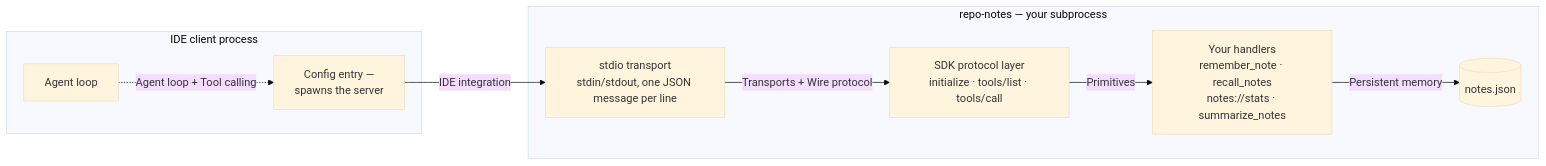
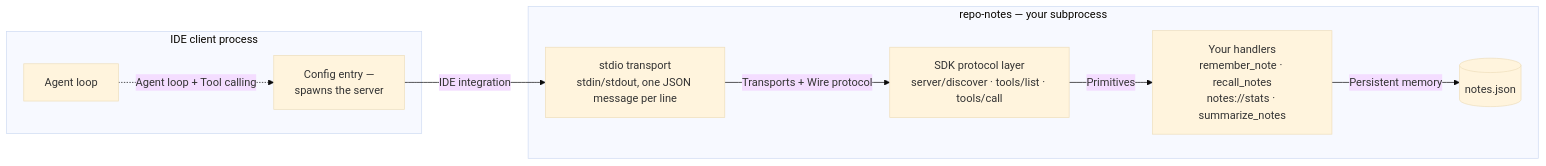
One commit to nitinpawar28/AI-learn changed the first of 2 diagrams in docs/part6-reference/build-your-own.md. Above: the diagram before and after it, drawn with Mermaid (base theme). The commit also changed other lines of this file and 42 other files, not shown here.

````diff
--- a/docs/part6-reference/build-your-own.md
+++ b/docs/part6-reference/build-your-own.md
@@ -19,18 +31,18 @@
 ```mermaid
 flowchart LR
     subgraph clientproc["IDE client process"]
         LOOP["Agent loop"]
         CFG["Config entry —<br/>spawns the server"]
     end
     subgraph srv["repo-notes — your subprocess"]
         TR["stdio transport<br/>stdin/stdout, one JSON message per line"]
-        SDK["SDK protocol layer<br/>initialize · tools/list · tools/call"]
+        SDK["SDK protocol layer<br/>server/discover · tools/list · tools/call"]
         H["Your handlers<br/>remember_note · recall_notes<br/>notes://stats · summarize_notes"]
         FILE[("notes.json")]
     end
     LOOP -.->|"Agent loop + Tool calling"| CFG
     CFG -->|"IDE integration"| TR
     TR -->|"Transports + Wire protocol"| SDK
     SDK -->|"Primitives"| H
     H -->|"Persistent memory"| FILE
 ```
````
